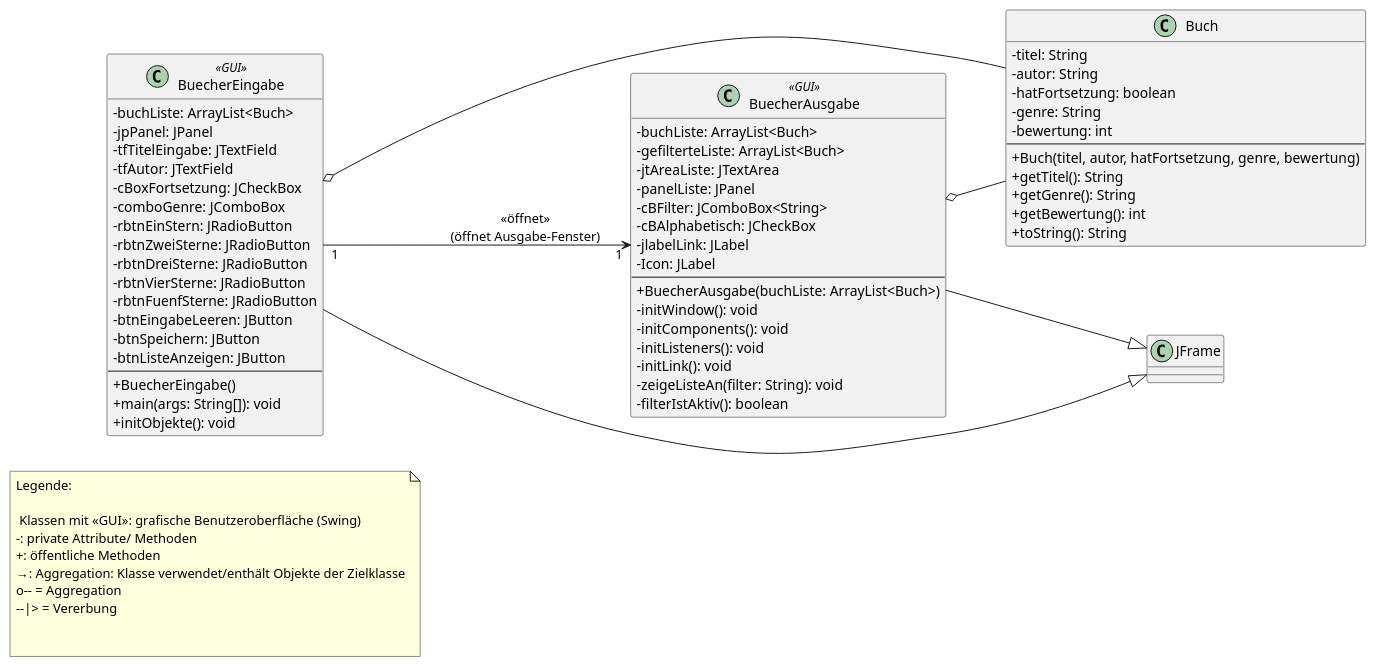
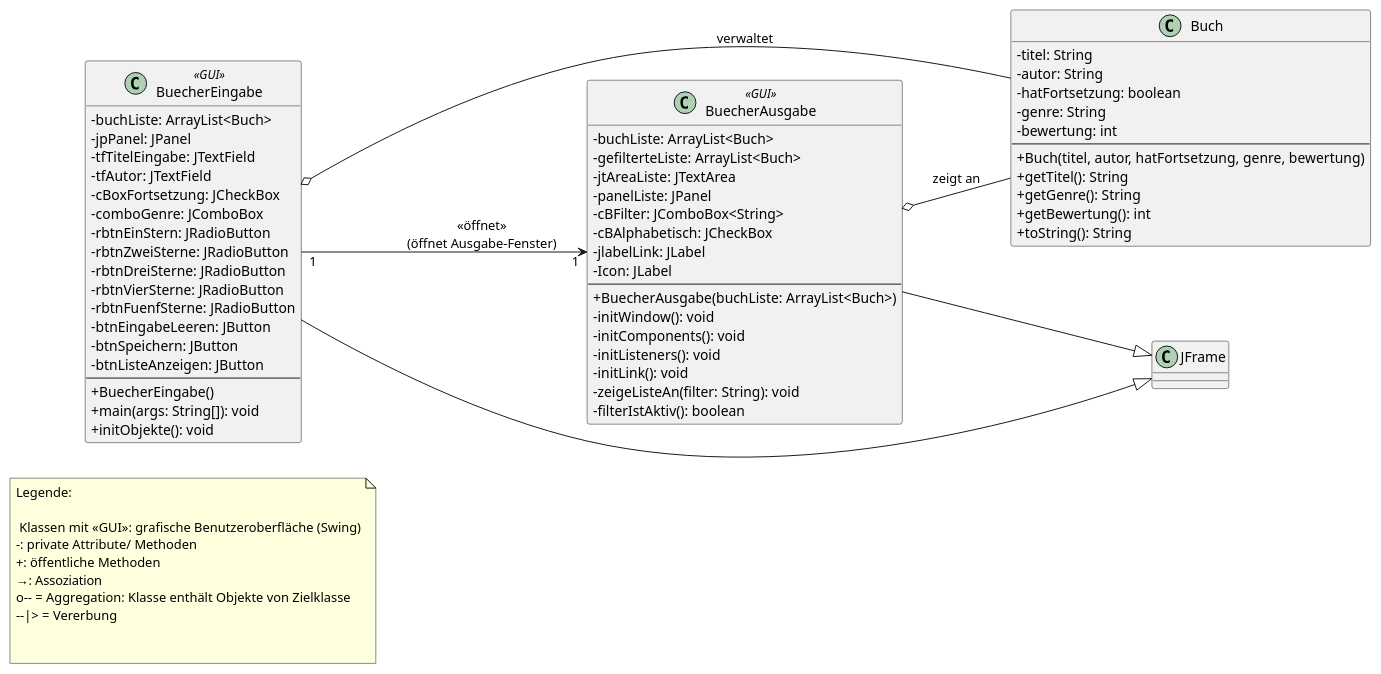
Before and after one commit to anikasophie/Booktopia_AnikaZoe: the diagram in src/main/resources/UMLmitGUI.puml, drawn with PlantUML.

Commit message:
Beziehungen uml

```diff
--- a/src/main/resources/UMLmitGUI.puml
+++ b/src/main/resources/UMLmitGUI.puml
@@ -1,87 +1,87 @@
 @startuml
 left to right direction
 
 skinparam classAttributeIconSize 0
 
 ' Legende als Notiz
 note as L1
 Legende:
 
  Klassen mit «GUI»: grafische Benutzeroberfläche (Swing)
 -: private Attribute/ Methoden
 +: öffentliche Methoden
-→: Aggregation: Klasse verwendet/enthält Objekte der Zielklasse
-o-- = Aggregation
+→: Assoziation
+o-- = Aggregation: Klasse enthält Objekte von Zielklasse
 --|> = Vererbung
 
 
 end note
 
 class Buch {
   - titel: String
   - autor: String
   - hatFortsetzung: boolean
   - genre: String
   - bewertung: int
   --
   + Buch(titel, autor, hatFortsetzung, genre, bewertung)
   + getTitel(): String
   + getGenre(): String
   + getBewertung(): int
   + toString(): String
 }
 
 class BuecherEingabe <<GUI>> {
   - buchListe: ArrayList<Buch>
   - jpPanel: JPanel
   - tfTitelEingabe: JTextField
   - tfAutor: JTextField
   - cBoxFortsetzung: JCheckBox
   - comboGenre: JComboBox
   - rbtnEinStern: JRadioButton
   - rbtnZweiSterne: JRadioButton
   - rbtnDreiSterne: JRadioButton
   - rbtnVierSterne: JRadioButton
   - rbtnFuenfSterne: JRadioButton
   - btnEingabeLeeren: JButton
   - btnSpeichern: JButton
   - btnListeAnzeigen: JButton
   --
   + BuecherEingabe()
   + main(args: String[]): void
   + initObjekte(): void
 }
 
 class BuecherAusgabe <<GUI>> {
   - buchListe: ArrayList<Buch>
   - gefilterteListe: ArrayList<Buch>
   - jtAreaListe: JTextArea
   - panelListe: JPanel
   - cBFilter: JComboBox<String>
   - cBAlphabetisch: JCheckBox
   - jlabelLink: JLabel
   - Icon: JLabel
   --
   + BuecherAusgabe(buchListe: ArrayList<Buch>)
   - initWindow(): void
   - initComponents(): void
   - initListeners(): void
   - initLink(): void
   - zeigeListeAn(filter: String): void
   - filterIstAktiv(): boolean
 }
 
 ' Beziehungen
 ' Aggregationen (leerer Diamant)
-BuecherEingabe o-- Buch
-BuecherAusgabe o-- Buch
+BuecherEingabe o-- Buch: verwaltet
+BuecherAusgabe o-- Buch: zeigt an
 
 ' Vererbung von JFrame
 class JFrame
 BuecherEingabe --|> JFrame
 BuecherAusgabe --|> JFrame
 BuecherEingabe "1" --> "1" BuecherAusgabe : «öffnet»\n(öffnet Ausgabe-Fenster)
 
 
 
 @enduml
```
